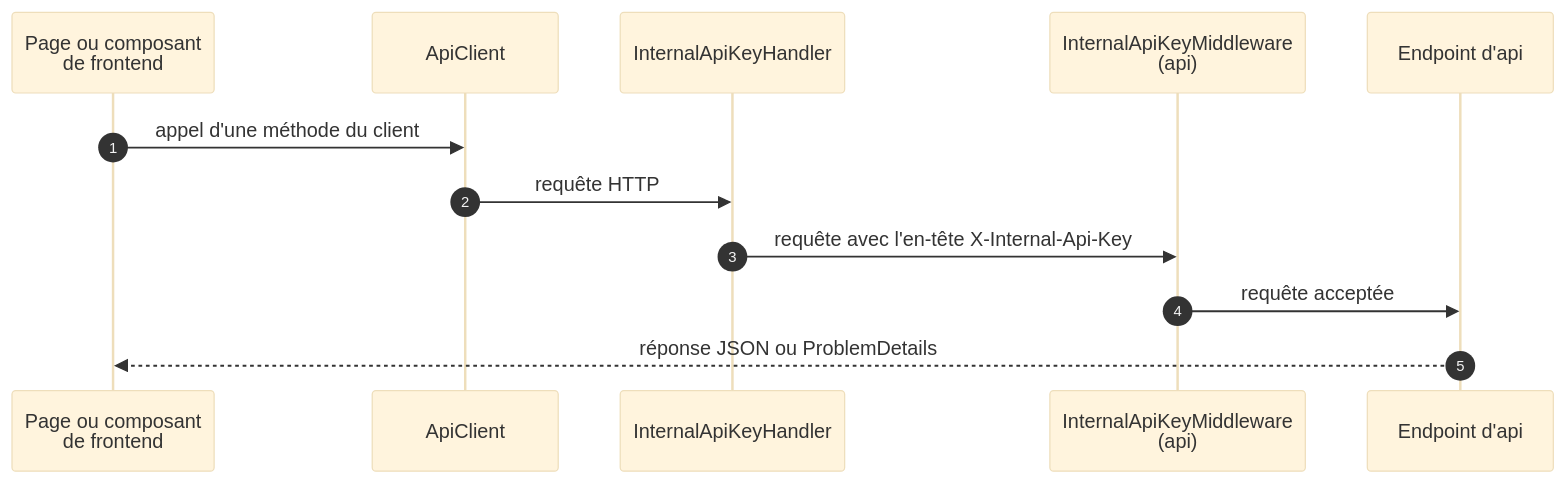
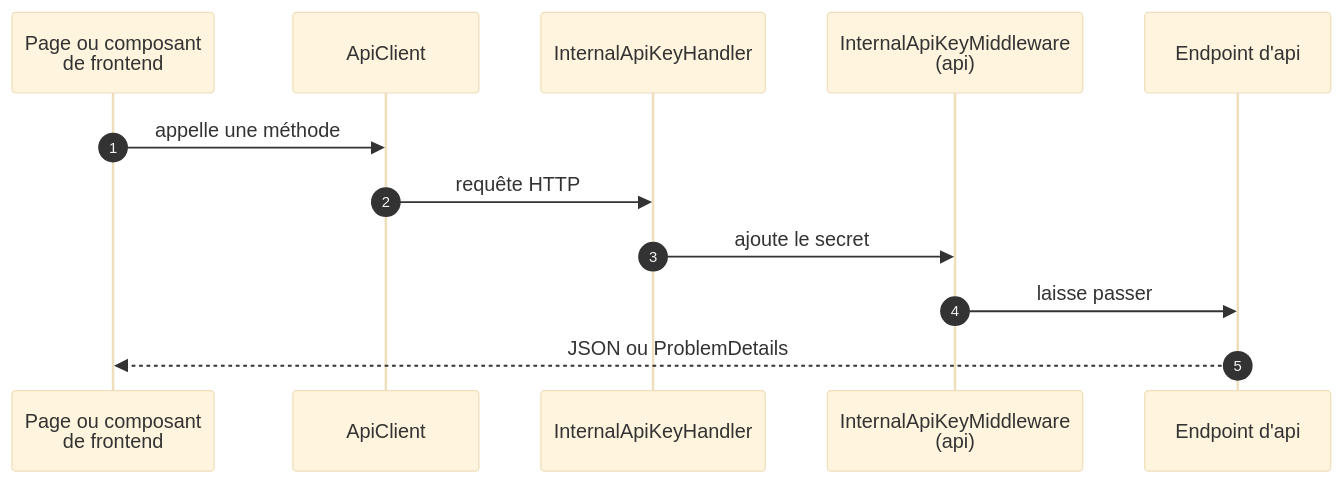
Before and after one commit to Tetram76/bdtheque-claude: the third of 3 diagrams in docs/tech/mecanismes/authentification-et-appels-internes.md, drawn with Mermaid (base theme). The commit also changed 5 other files, not shown here.

First line of the commit message:
docs(tech): intégration continue, tests et documentation réécrits ; diagrammes remis en forme

````diff
--- a/docs/tech/mecanismes/authentification-et-appels-internes.md
+++ b/docs/tech/mecanismes/authentification-et-appels-internes.md
@@ -66,15 +66,15 @@
 ```mermaid
 sequenceDiagram
     autonumber
     participant page as Page ou composant<br/>de frontend
     participant client as ApiClient
     participant handler as InternalApiKeyHandler
     participant middleware as InternalApiKeyMiddleware<br/>(api)
     participant endpoint as Endpoint d'api
 
-    page->>client: appel d'une méthode du client
+    page->>client: appelle une méthode
     client->>handler: requête HTTP
-    handler->>middleware: requête avec l'en-tête X-Internal-Api-Key
-    middleware->>endpoint: requête acceptée
-    endpoint-->>page: réponse JSON ou ProblemDetails
+    handler->>middleware: ajoute le secret
+    middleware->>endpoint: laisse passer
+    endpoint-->>page: JSON ou ProblemDetails
 ```
````
